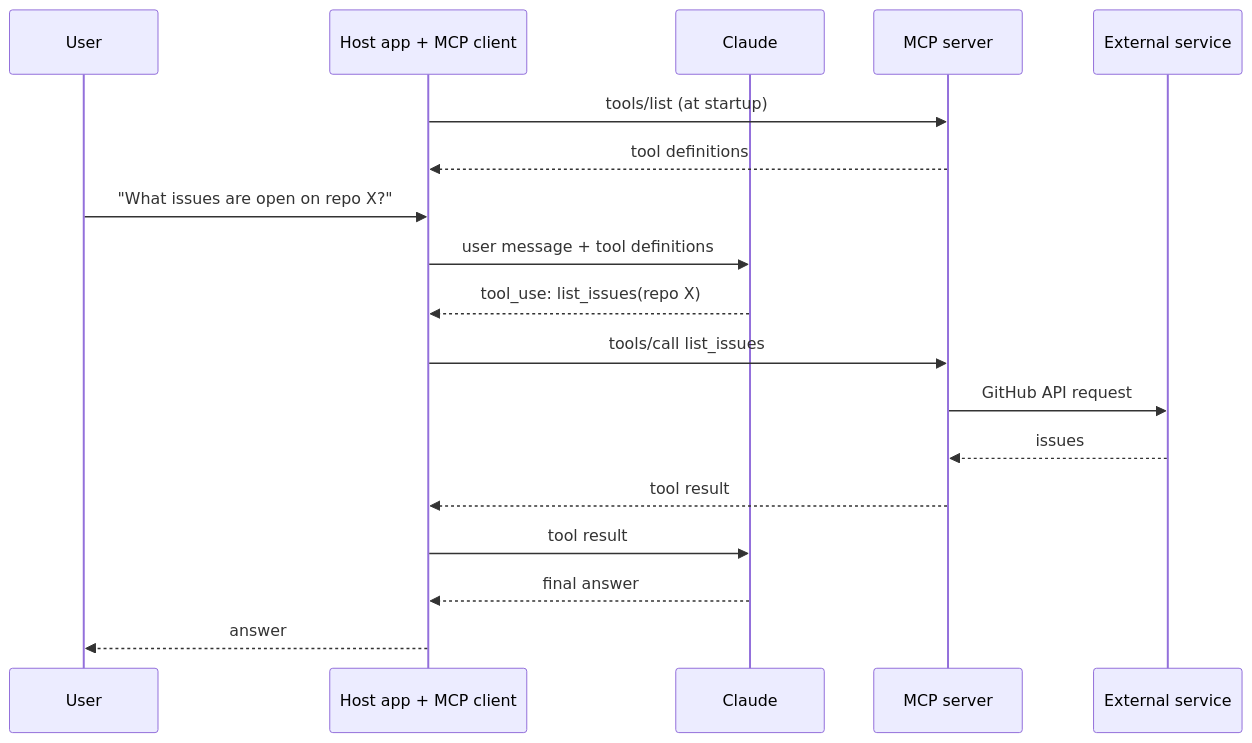
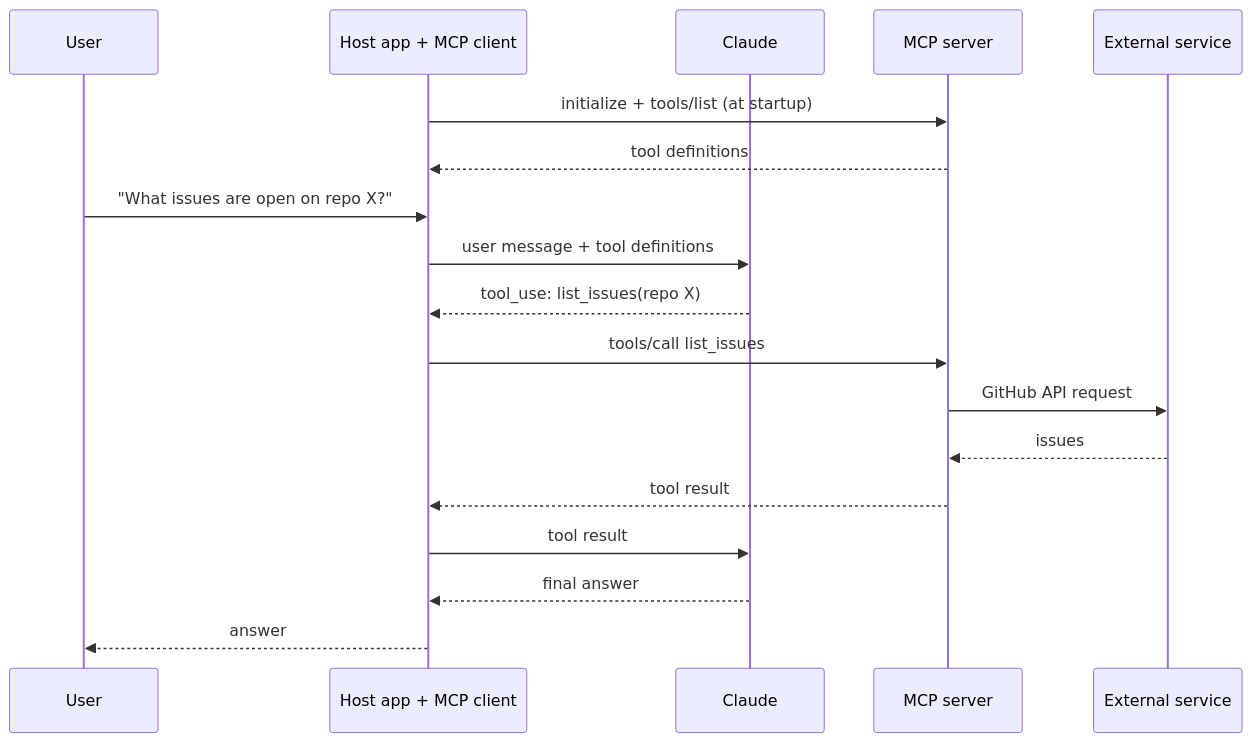
The third of 13 diagrams in topics/09-mcp.md (AkshayAshokCode/AI-Interview-Questions-and-Answers), drawn with Mermaid before and after one commit. The commit also changed other lines of this file and 14 other files, not shown here.

````diff
--- a/topics/09-mcp.md
+++ b/topics/09-mcp.md
@@ -57,20 +164,20 @@
 ```mermaid
 sequenceDiagram
     participant U as User
     participant H as Host app + MCP client
     participant C as Claude
     participant S as MCP server
     participant X as External service
-    H->>S: tools/list (at startup)
+    H->>S: initialize + tools/list (at startup)
     S-->>H: tool definitions
     U->>H: "What issues are open on repo X?"
     H->>C: user message + tool definitions
     C-->>H: tool_use: list_issues(repo X)
     H->>S: tools/call list_issues
     S->>X: GitHub API request
     X-->>S: issues
     S-->>H: tool result
     H->>C: tool result
     C-->>H: final answer
     H-->>U: answer
 ```
````
